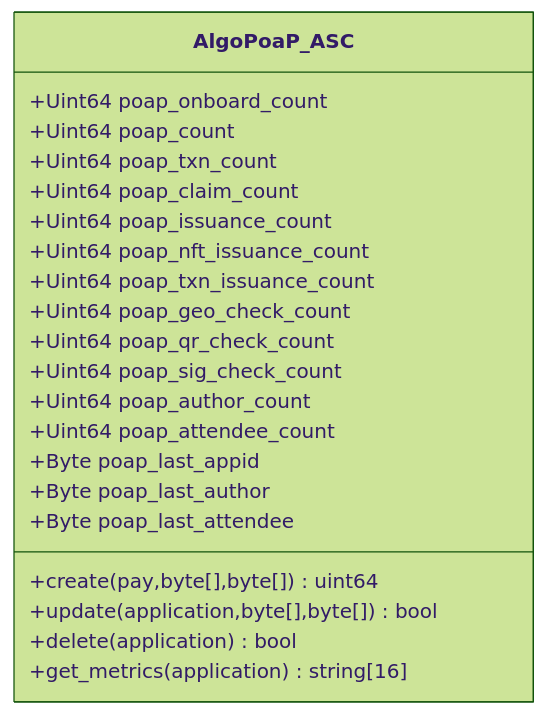
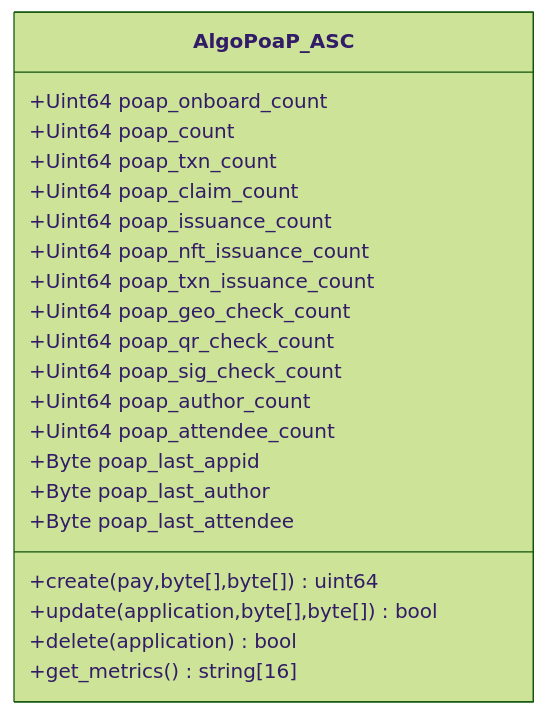
The eighth of 10 diagrams in profile/README.md (GoPlausible/.github), drawn with Mermaid (forest theme) before and after one commit.

````diff
--- a/profile/README.md
+++ b/profile/README.md
@@ -269,26 +269,26 @@
 ```mermaid
   classDiagram
     class AlgoPoaP_ASC
     AlgoPoaP_ASC : +Uint64 poap_onboard_count
     AlgoPoaP_ASC : +Uint64 poap_count
     AlgoPoaP_ASC : +Uint64 poap_txn_count
     AlgoPoaP_ASC : +Uint64 poap_claim_count
     AlgoPoaP_ASC : +Uint64 poap_issuance_count
     AlgoPoaP_ASC : +Uint64 poap_nft_issuance_count
     AlgoPoaP_ASC : +Uint64 poap_txn_issuance_count
 
     AlgoPoaP_ASC : +Uint64 poap_geo_check_count
     AlgoPoaP_ASC : +Uint64 poap_qr_check_count
     AlgoPoaP_ASC : +Uint64 poap_sig_check_count
 
     AlgoPoaP_ASC : +Uint64 poap_author_count
     AlgoPoaP_ASC : +Uint64 poap_attendee_count
     AlgoPoaP_ASC : +Byte poap_last_appid
     AlgoPoaP_ASC : +Byte poap_last_author
     AlgoPoaP_ASC : +Byte poap_last_attendee
     AlgoPoaP_ASC : +create(pay,byte[],byte[])uint64
     AlgoPoaP_ASC : +update(application,byte[],byte[])bool
     AlgoPoaP_ASC : +delete(application)bool
-    AlgoPoaP_ASC : +get_metrics(application)string[16]
+    AlgoPoaP_ASC : +get_metrics()string[16]
     
 ```
````
